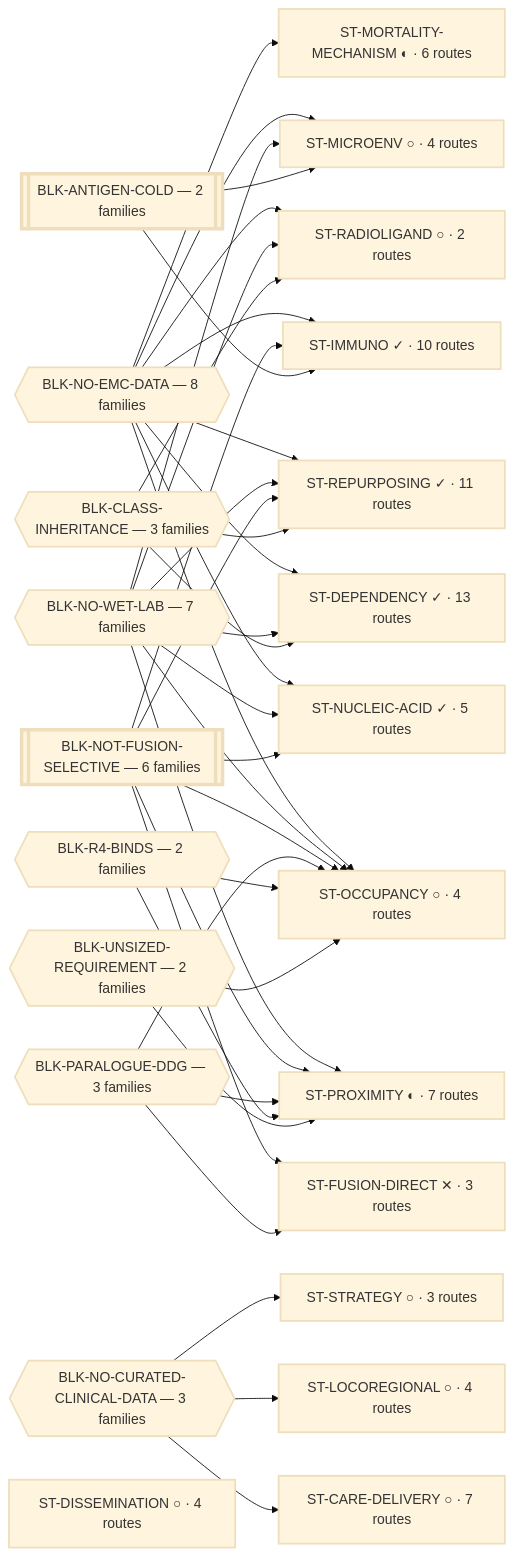
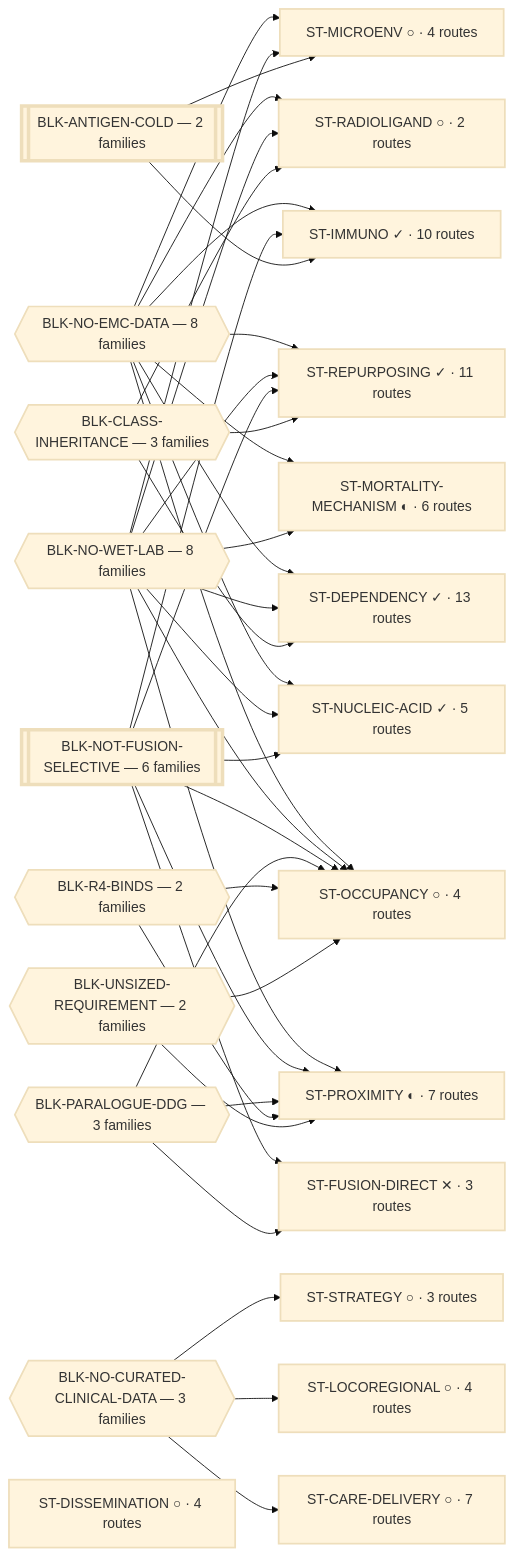
One commit to trimcrae/Rare-cancers changed the diagram in systems/views/L0-ecosystem.md. Above: the diagram before and after it, drawn with Mermaid (base theme). The commit also changed other lines of this file and 10 other files, not shown here.

````diff
--- a/systems/views/L0-ecosystem.md
+++ b/systems/views/L0-ecosystem.md
@@ -33,68 +33,69 @@
 ```mermaid
 flowchart LR
   BLK_NO_EMC_DATA{{"BLK-NO-EMC-DATA — 8 families"}}:::blk
-  BLK_NO_WET_LAB{{"BLK-NO-WET-LAB — 7 families"}}:::blk
+  BLK_NO_WET_LAB{{"BLK-NO-WET-LAB — 8 families"}}:::blk
   BLK_NOT_FUSION_SELECTIVE[["BLK-NOT-FUSION-SELECTIVE — 6 families"]]:::perm
   BLK_CLASS_INHERITANCE{{"BLK-CLASS-INHERITANCE — 3 families"}}:::blk
   BLK_NO_CURATED_CLINICAL_DATA{{"BLK-NO-CURATED-CLINICAL-DATA — 3 families"}}:::blk
   BLK_PARALOGUE_DDG{{"BLK-PARALOGUE-DDG — 3 families"}}:::blk
   BLK_ANTIGEN_COLD[["BLK-ANTIGEN-COLD — 2 families"]]:::perm
   BLK_R4_BINDS{{"BLK-R4-BINDS — 2 families"}}:::blk
   BLK_UNSIZED_REQUIREMENT{{"BLK-UNSIZED-REQUIREMENT — 2 families"}}:::blk
 
   ST_DEPENDENCY["ST-DEPENDENCY ✓ · 13 routes"]:::fam
   ST_REPURPOSING["ST-REPURPOSING ✓ · 11 routes"]:::fam
   ST_IMMUNO["ST-IMMUNO ✓ · 10 routes"]:::fam
   ST_CARE_DELIVERY["ST-CARE-DELIVERY ○ · 7 routes"]:::fam
   ST_PROXIMITY["ST-PROXIMITY ◐ · 7 routes"]:::fam
   ST_MORTALITY_MECHANISM["ST-MORTALITY-MECHANISM ◐ · 6 routes"]:::fam
   ST_NUCLEIC_ACID["ST-NUCLEIC-ACID ✓ · 5 routes"]:::fam
   ST_DISSEMINATION["ST-DISSEMINATION ○ · 4 routes"]:::fam
   ST_LOCOREGIONAL["ST-LOCOREGIONAL ○ · 4 routes"]:::fam
   ST_MICROENV["ST-MICROENV ○ · 4 routes"]:::fam
   ST_OCCUPANCY["ST-OCCUPANCY ○ · 4 routes"]:::fam
   ST_FUSION_DIRECT["ST-FUSION-DIRECT ✕ · 3 routes"]:::fam
   ST_STRATEGY["ST-STRATEGY ○ · 3 routes"]:::fam
   ST_RADIOLIGAND["ST-RADIOLIGAND ○ · 2 routes"]:::fam
 
   BLK_NO_EMC_DATA --> ST_DEPENDENCY
   BLK_NO_EMC_DATA --> ST_IMMUNO
   BLK_NO_EMC_DATA --> ST_MICROENV
   BLK_NO_EMC_DATA --> ST_MORTALITY_MECHANISM
   BLK_NO_EMC_DATA --> ST_NUCLEIC_ACID
   BLK_NO_EMC_DATA --> ST_OCCUPANCY
   BLK_NO_EMC_DATA --> ST_RADIOLIGAND
   BLK_NO_EMC_DATA --> ST_REPURPOSING
   BLK_NO_WET_LAB --> ST_DEPENDENCY
   BLK_NO_WET_LAB --> ST_MICROENV
+  BLK_NO_WET_LAB --> ST_MORTALITY_MECHANISM
   BLK_NO_WET_LAB --> ST_NUCLEIC_ACID
   BLK_NO_WET_LAB --> ST_OCCUPANCY
   BLK_NO_WET_LAB --> ST_PROXIMITY
   BLK_NO_WET_LAB --> ST_RADIOLIGAND
   BLK_NO_WET_LAB --> ST_REPURPOSING
   BLK_NOT_FUSION_SELECTIVE --> ST_FUSION_DIRECT
   BLK_NOT_FUSION_SELECTIVE --> ST_IMMUNO
   BLK_NOT_FUSION_SELECTIVE --> ST_NUCLEIC_ACID
   BLK_NOT_FUSION_SELECTIVE --> ST_OCCUPANCY
   BLK_NOT_FUSION_SELECTIVE --> ST_PROXIMITY
   BLK_NOT_FUSION_SELECTIVE --> ST_REPURPOSING
   BLK_CLASS_INHERITANCE --> ST_DEPENDENCY
   BLK_CLASS_INHERITANCE --> ST_RADIOLIGAND
   BLK_CLASS_INHERITANCE --> ST_REPURPOSING
   BLK_NO_CURATED_CLINICAL_DATA --> ST_CARE_DELIVERY
   BLK_NO_CURATED_CLINICAL_DATA --> ST_LOCOREGIONAL
   BLK_NO_CURATED_CLINICAL_DATA --> ST_STRATEGY
   BLK_PARALOGUE_DDG --> ST_FUSION_DIRECT
   BLK_PARALOGUE_DDG --> ST_OCCUPANCY
   BLK_PARALOGUE_DDG --> ST_PROXIMITY
   BLK_ANTIGEN_COLD --> ST_IMMUNO
   BLK_ANTIGEN_COLD --> ST_MICROENV
   BLK_R4_BINDS --> ST_OCCUPANCY
   BLK_R4_BINDS --> ST_PROXIMITY
   BLK_UNSIZED_REQUIREMENT --> ST_OCCUPANCY
   BLK_UNSIZED_REQUIREMENT --> ST_PROXIMITY
   classDef fam stroke-width:2px;
   classDef blk stroke-width:2px;
   classDef perm stroke-width:4px;
   classDef tech stroke-width:1px,stroke-dasharray:4 3;
 ```
````
